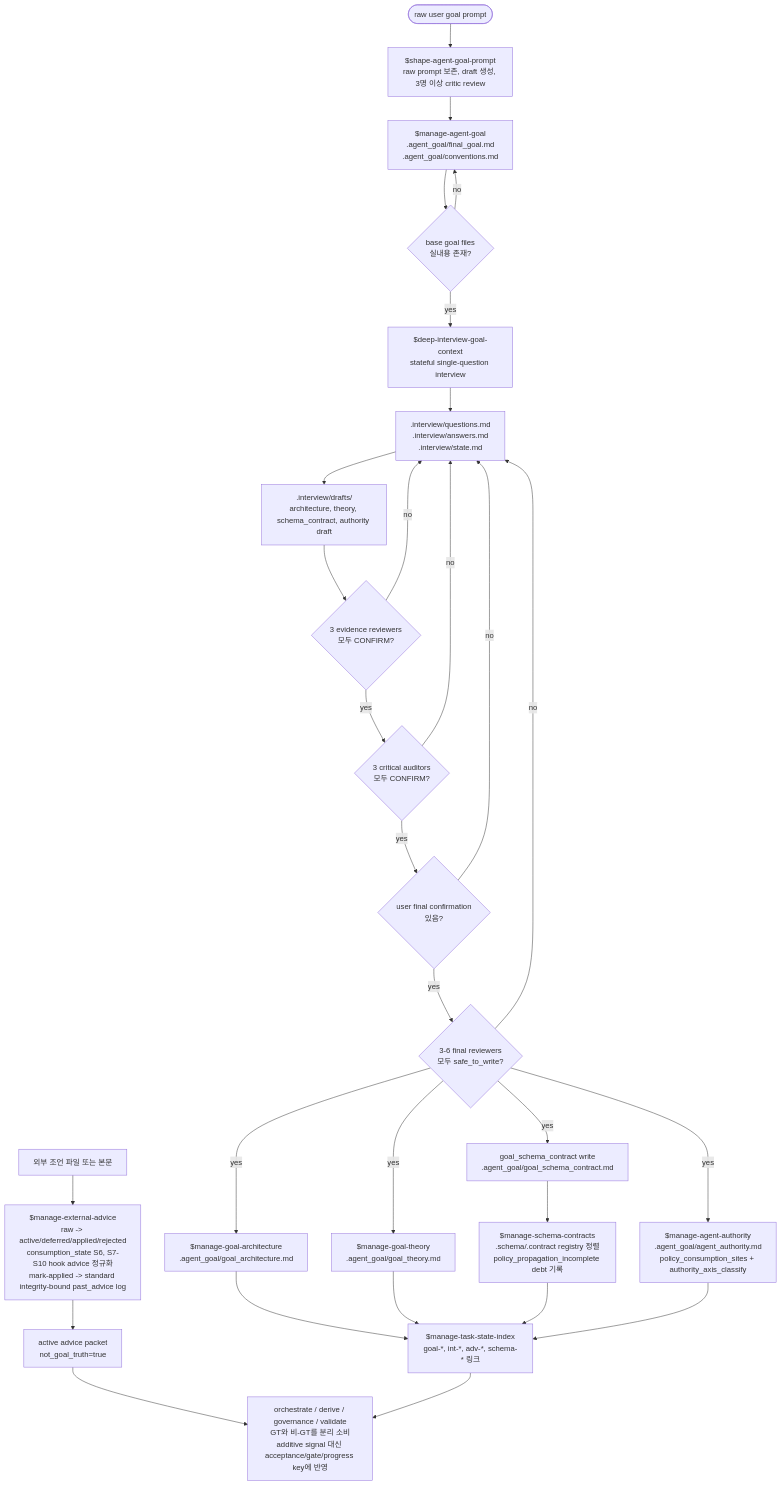
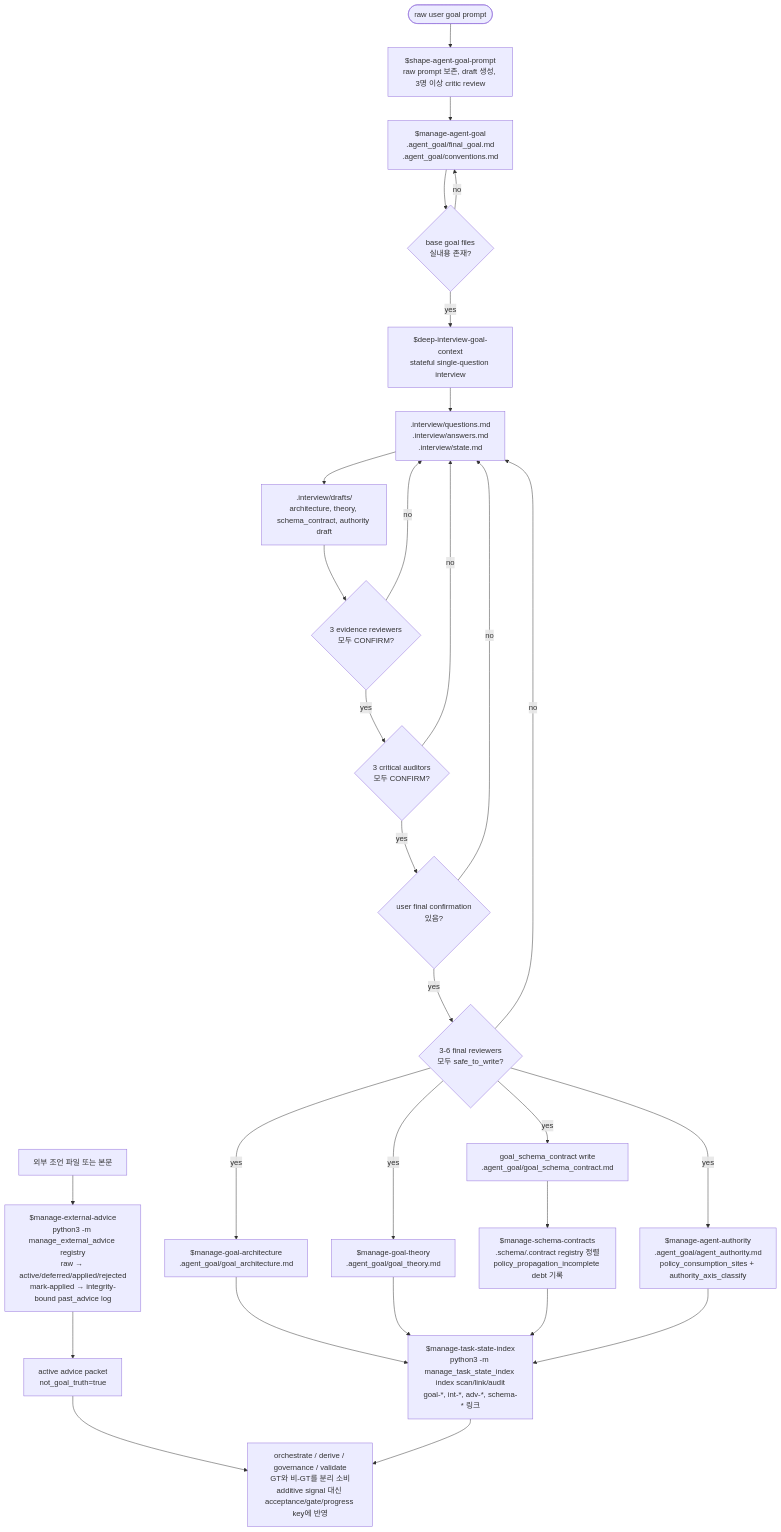
The third of 9 diagrams in README.md (sw1029/workflow_swfool), drawn with Mermaid before and after one commit. The commit also changed other lines of this file and 742 other files, not shown here.

Commit message:
Refactor skill scripts and update flowcharts

````diff
--- a/README.md
+++ b/README.md
@@ -91,42 +194,42 @@
 ```mermaid
 flowchart TD
   RawPrompt([raw user goal prompt])
   Shape["$shape-agent-goal-prompt<br/>raw prompt 보존, draft 생성, 3명 이상 critic review"]
   Goal["$manage-agent-goal<br/>.agent_goal/final_goal.md<br/>.agent_goal/conventions.md"]
   DeepGate{"base goal files<br/>실내용 존재?"}
   Deep["$deep-interview-goal-context<br/>stateful single-question interview"]
   Questions[".interview/questions.md<br/>.interview/answers.md<br/>.interview/state.md"]
   Drafts[".interview/drafts/<br/>architecture, theory, schema_contract, authority draft"]
   EvidenceReview{"3 evidence reviewers<br/>모두 CONFIRM?"}
   AuditReview{"3 critical auditors<br/>모두 CONFIRM?"}
   UserConfirm{"user final confirmation<br/>있음?"}
   FinalReview{"3-6 final reviewers<br/>모두 safe_to_write?"}
   Architecture["$manage-goal-architecture<br/>.agent_goal/goal_architecture.md"]
   Theory["$manage-goal-theory<br/>.agent_goal/goal_theory.md"]
   SchemaGoal["goal_schema_contract write<br/>.agent_goal/goal_schema_contract.md"]
   Authority["$manage-agent-authority<br/>.agent_goal/agent_authority.md<br/>policy_consumption_sites + authority_axis_classify"]
   SchemaRegistry["$manage-schema-contracts<br/>.schema/.contract registry 정렬<br/>policy_propagation_incomplete debt 기록"]
   AdviceIn["외부 조언 파일 또는 본문"]
-  Advice["$manage-external-advice<br/>raw -> active/deferred/applied/rejected<br/>consumption_state S6, S7-S10 hook advice 정규화<br/>mark-applied -> standard integrity-bound past_advice log"]
+  Advice["$manage-external-advice<br/>python3 -m manage_external_advice registry<br/>raw → active/deferred/applied/rejected<br/>mark-applied → integrity-bound past_advice log"]
   AdvicePacket["active advice packet<br/>not_goal_truth=true"]
-  Index["$manage-task-state-index<br/>goal-*, int-*, adv-*, schema-* 링크"]
+  Index["$manage-task-state-index<br/>python3 -m manage_task_state_index index scan/link/audit<br/>goal-*, int-*, adv-*, schema-* 링크"]
   Consumers["orchestrate / derive / governance / validate<br/>GT와 비-GT를 분리 소비<br/>additive signal 대신 acceptance/gate/progress key에 반영"]
 
   RawPrompt --> Shape --> Goal
   Goal --> DeepGate
   DeepGate -- no --> Goal
   DeepGate -- yes --> Deep --> Questions --> Drafts --> EvidenceReview
   EvidenceReview -- no --> Questions
   EvidenceReview -- yes --> AuditReview
   AuditReview -- no --> Questions
   AuditReview -- yes --> UserConfirm
   UserConfirm -- no --> Questions
   UserConfirm -- yes --> FinalReview
   FinalReview -- no --> Questions
   FinalReview -- yes --> Architecture --> Index
   FinalReview -- yes --> Theory --> Index
   FinalReview -- yes --> SchemaGoal --> SchemaRegistry --> Index
   FinalReview -- yes --> Authority --> Index
   AdviceIn --> Advice --> AdvicePacket --> Consumers
   Index --> Consumers
 ```
````
